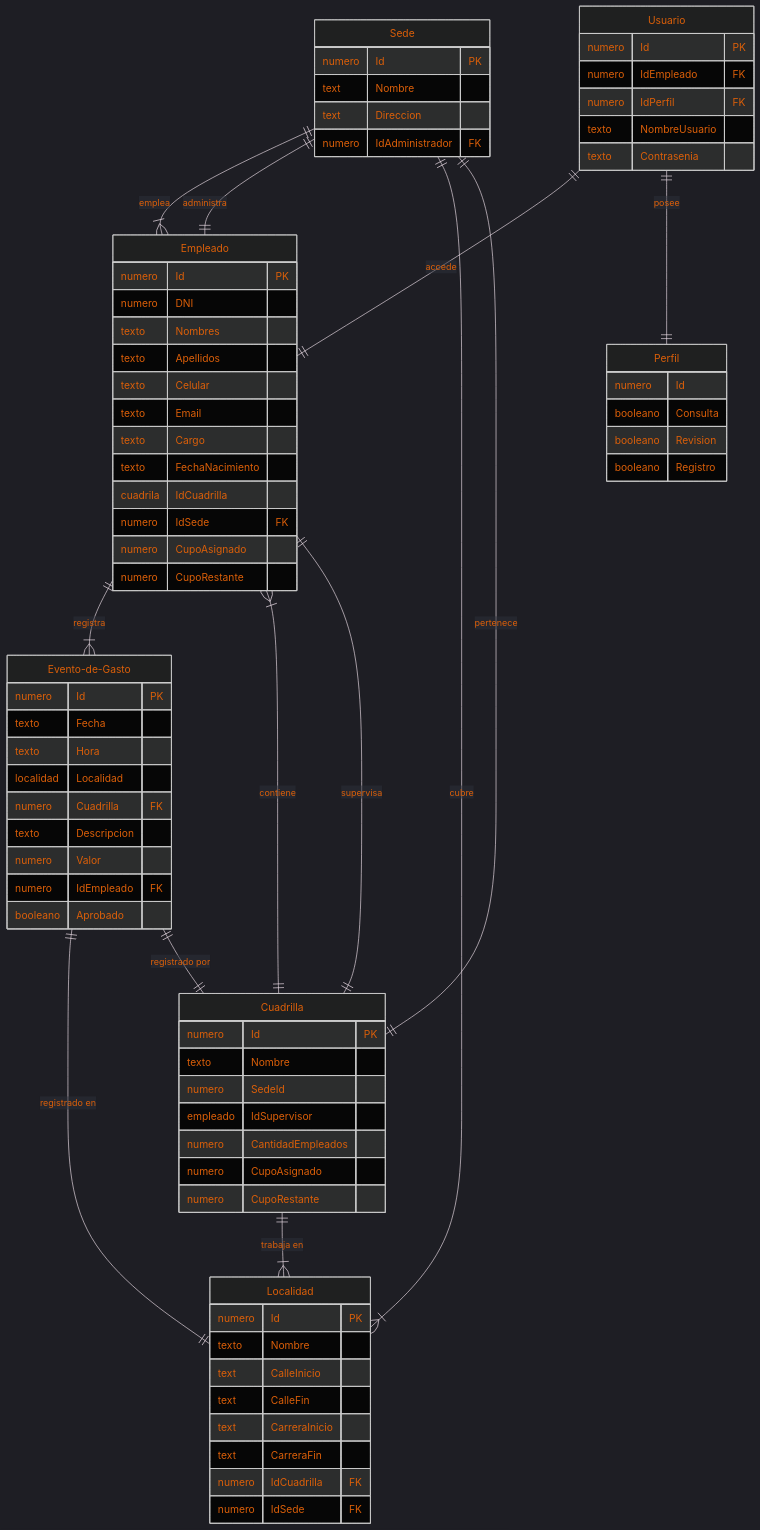
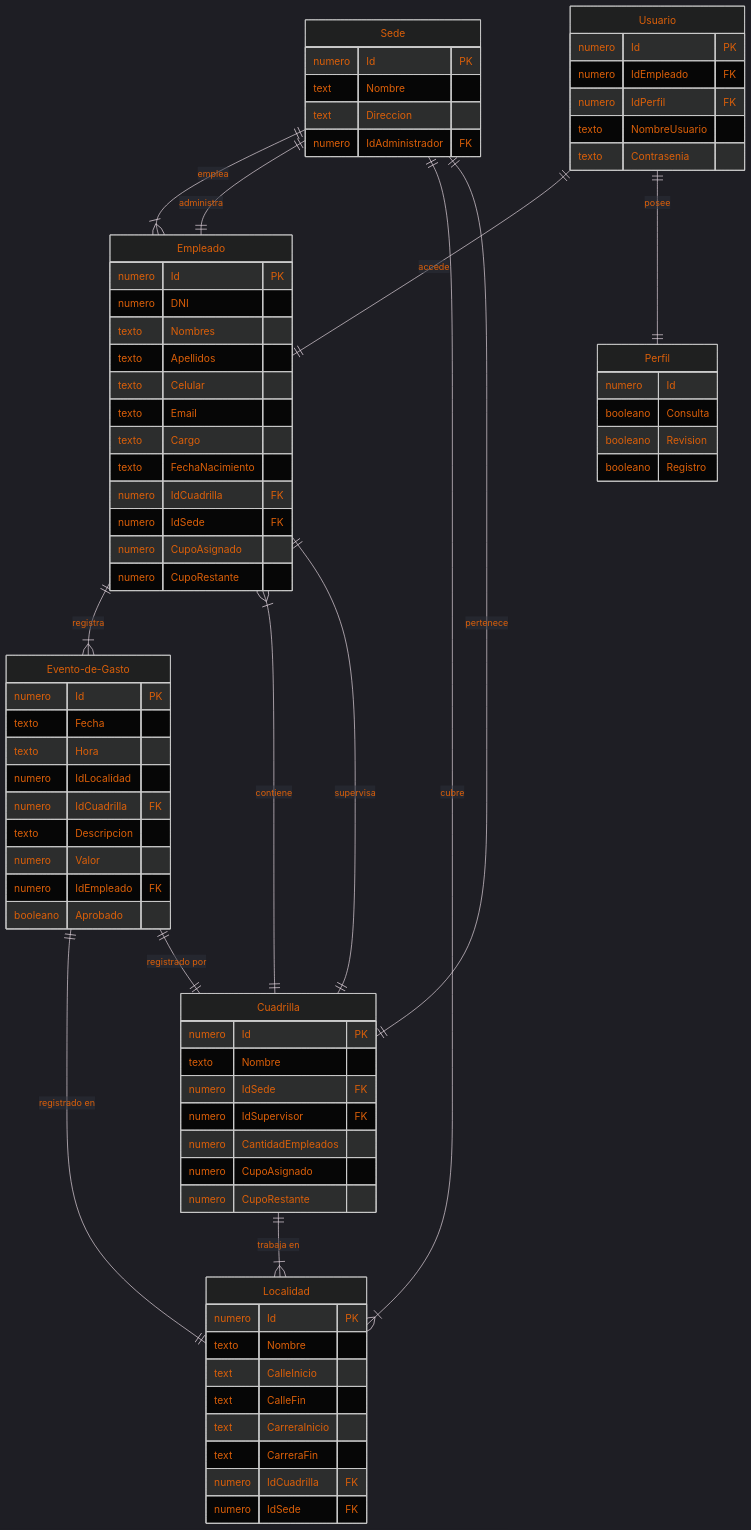
One commit to sfelipehh/ProgramacionAplicada changed the third of 3 diagrams in README.md. Above: the diagram before and after it, drawn with Mermaid.

```diff
--- a/README.md
+++ b/README.md
@@ -147,8 +147,8 @@
     Cuadrilla {
         numero Id PK
         texto Nombre
-        numero SedeId
-        empleado IdSupervisor
+        numero IdSede FK
+        numero IdSupervisor FK
         numero CantidadEmpleados
         numero CupoAsignado
         numero CupoRestante
@@ -163,7 +163,7 @@
         texto Email
         texto Cargo
         texto FechaNacimiento
-        cuadrila IdCuadrilla
+        numero IdCuadrilla FK
         numero IdSede FK
         numero CupoAsignado
         numero CupoRestante
@@ -173,8 +173,8 @@
         numero Id PK
         texto Fecha
         texto Hora
-        localidad Localidad
-        numero Cuadrilla FK
+        numero IdLocalidad
+        numero IdCuadrilla FK
         texto Descripcion
         numero Valor
         numero IdEmpleado FK
```
